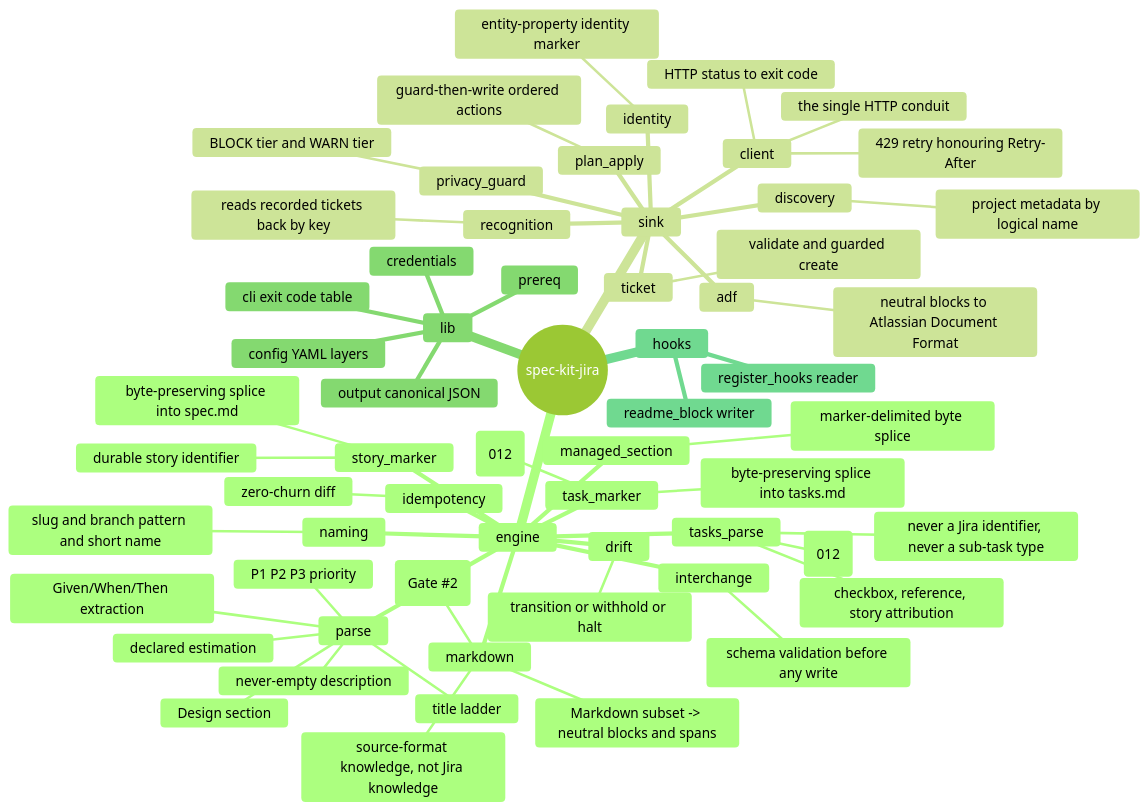
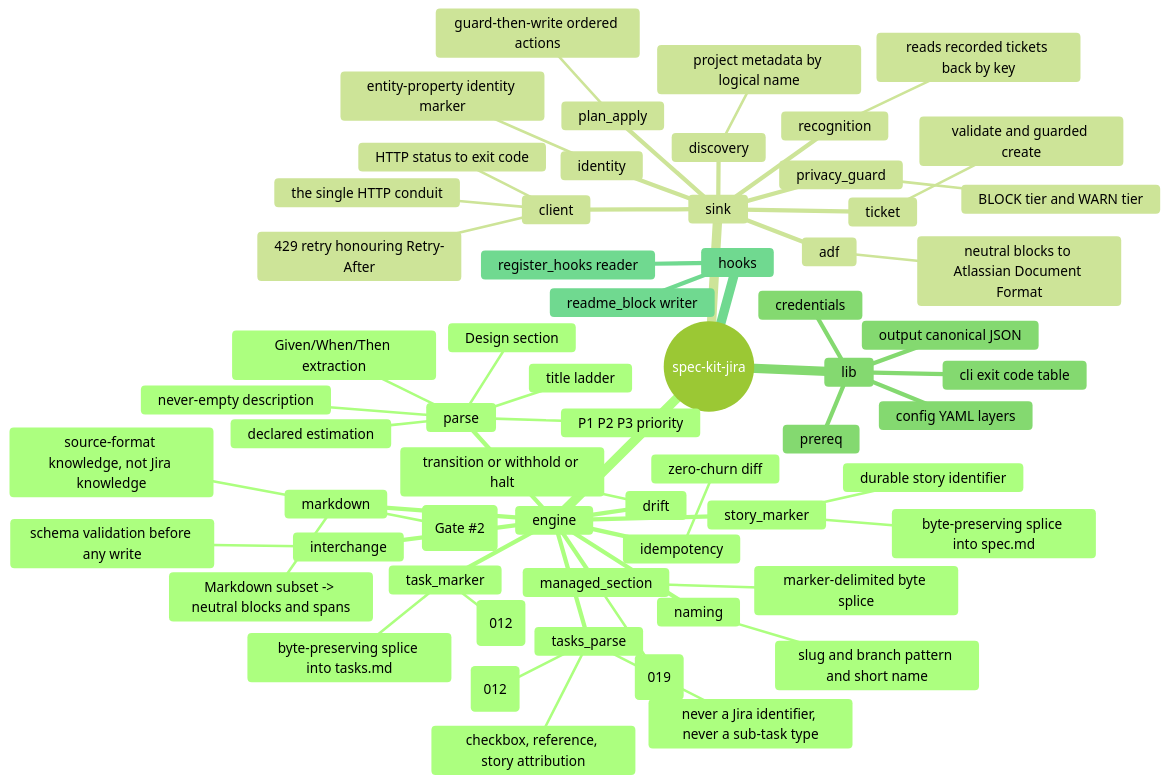
One commit to Fyloss/spec-kit-jira changed the third of 5 diagrams in docs/02-module-architecture.md. Above: the diagram before and after it, drawn with Mermaid (forest theme). The commit also changed 37 other files, not shown here.

````diff
--- a/docs/02-module-architecture.md
+++ b/docs/02-module-architecture.md
@@ -106,64 +106,65 @@
 ```mermaid
 mindmap
   root(("spec-kit-jira"))
     engine
       parse
         title ladder
         never-empty description
         Given/When/Then extraction
         Design section
         P1 P2 P3 priority
         declared estimation
       markdown
         Markdown subset -> neutral blocks and spans
         source-format knowledge, not Jira knowledge
         no Atlassian identifiers (Gate #2)
       interchange
         schema validation before any write
       story_marker
         durable story identifier
         byte-preserving splice into spec.md
       task_marker
         durable task identifier (012)
         byte-preserving splice into tasks.md
       tasks_parse
         neutral tasks.md reader (012)
         checkbox, reference, story attribution
         never a Jira identifier, never a sub-task type
       drift
         transition or withhold or halt
       idempotency
         zero-churn diff
       managed_section
         marker-delimited byte splice
+        ownership decision — self, other or unknown, opaque to the sink (019)
       naming
         slug and branch pattern and short name
     sink
       client
         the single HTTP conduit
         429 retry honouring Retry-After
         HTTP status to exit code
       discovery
         project metadata by logical name
       identity
         entity-property identity marker
       recognition
         reads recorded tickets back by key
       ticket
         validate and guarded create
       adf
         neutral blocks to Atlassian Document Format
       privacy_guard
         BLOCK tier and WARN tier
       plan_apply
         guard-then-write ordered actions
     lib
       cli exit code table
       config YAML layers
       credentials
       output canonical JSON
       prereq
     hooks
       register_hooks reader
       readme_block writer
 ```
````
